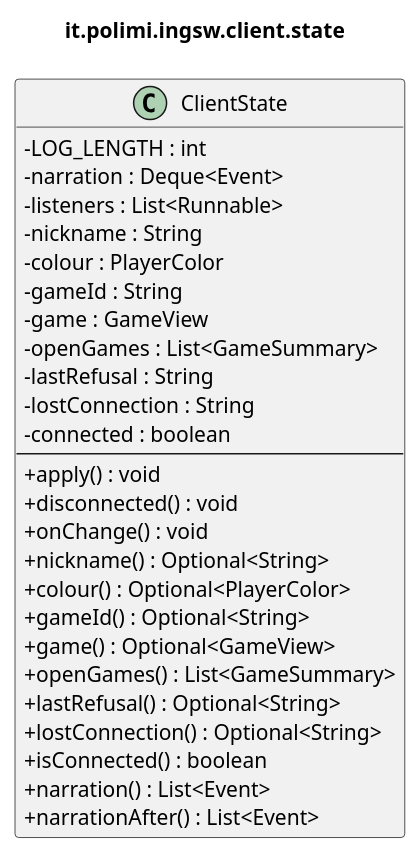
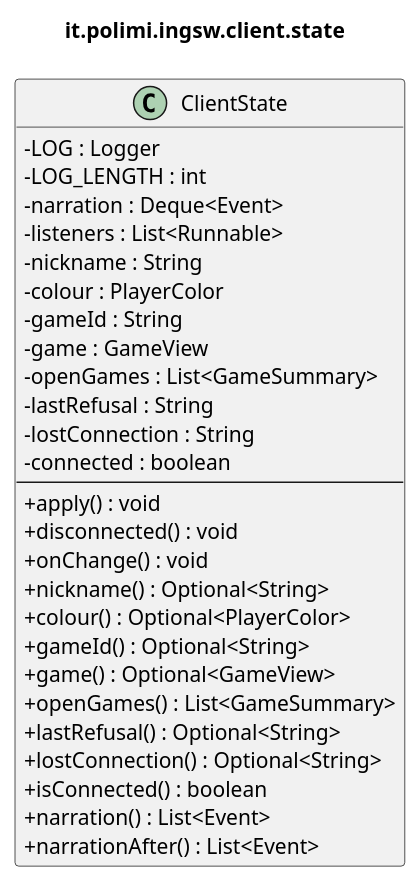
One commit to samuelesegrini/ing-sw-2025-segrini-terribile-varricchio-zanca changed the diagram in docs/uml/detailed/client-state.puml. Above: the diagram before and after it, drawn with PlantUML. The commit also changed 9 other files, not shown here.

```diff
--- a/docs/uml/detailed/client-state.puml
+++ b/docs/uml/detailed/client-state.puml
@@ -1,36 +1,37 @@
 @startuml it_polimi_ingsw_client_state
 ' Generated by tools/uml/generate-detailed.py. Do not edit by hand.
 !pragma layout smetana
 skinparam shadowing false
 skinparam classAttributeIconSize 0
 title it.polimi.ingsw.client.state
 
 class ClientState {
+  -LOG : Logger
   -LOG_LENGTH : int
   -narration : Deque<Event>
   -listeners : List<Runnable>
   -nickname : String
   -colour : PlayerColor
   -gameId : String
   -game : GameView
   -openGames : List<GameSummary>
   -lastRefusal : String
   -lostConnection : String
   -connected : boolean
   --
   +apply() : void
   +disconnected() : void
   +onChange() : void
   +nickname() : Optional<String>
   +colour() : Optional<PlayerColor>
   +gameId() : Optional<String>
   +game() : Optional<GameView>
   +openGames() : List<GameSummary>
   +lastRefusal() : Optional<String>
   +lostConnection() : Optional<String>
   +isConnected() : boolean
   +narration() : List<Event>
   +narrationAfter() : List<Event>
 }
 
 @enduml
```
